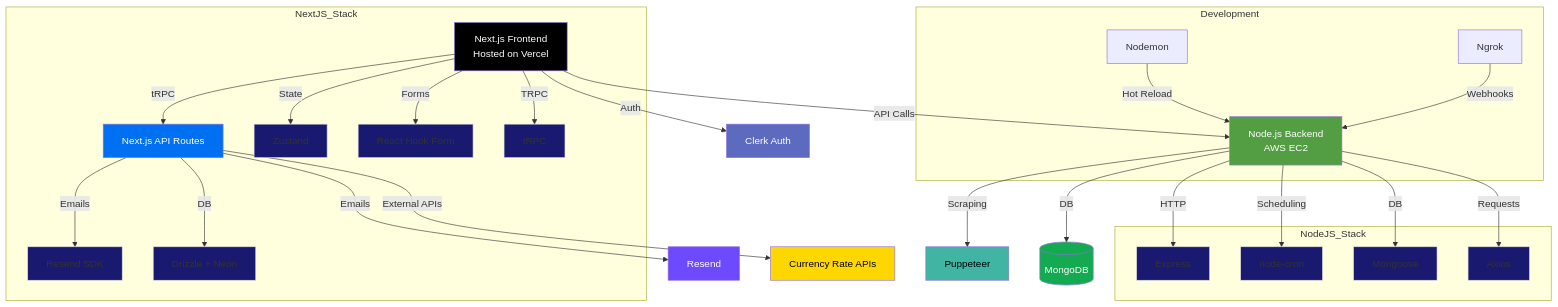
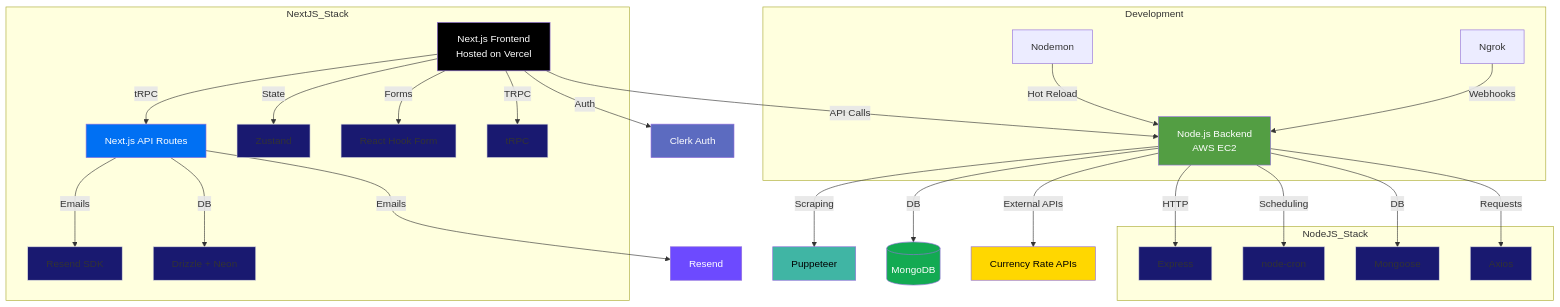
Before and after one commit to SashenJayathilaka/Ausi-Lanka-Ecom: the diagram in README.md, drawn with Mermaid.

Commit message:
📄 Updated README.md

````diff
--- a/README.md
+++ b/README.md
@@ -52,50 +52,50 @@
 ```mermaid
 graph TD
     %% Frontend Section
     A[Next.js Frontend\nHosted on Vercel] -->|tRPC| B[Next.js API Routes]
     A -->|Auth| K[Clerk Auth]
 
     %% Backend Services
     B -->|Emails| R[Resend]
-    B -->|External APIs| D[Currency Rate APIs]
 
     %% Node.js Backend (Separate Service)
     N[Node.js Backend\nAWS EC2] -->|Scraping| C[Puppeteer]
     N -->|DB| E[(MongoDB)]
+    N -->|External APIs| D[Currency Rate APIs]
     A -->|API Calls| N
 
     %% Development Tools
     subgraph Development
         F[Nodemon] -->|Hot Reload| N
         G[Ngrok] -->|Webhooks| N
     end
 
     %% Key Packages
     subgraph NextJS_Stack
         B -->|Emails| L[Resend SDK]
         B -->|DB| M[Drizzle + Neon]
         A -->|State| H[Zustand]
         A -->|Forms| I[React Hook Form]
         A -->|TRPC| J[tRPC]
     end
 
     subgraph NodeJS_Stack
         N -->|HTTP| O[Express]
         N -->|Scheduling| P[node-cron]
         N -->|DB| Q[Mongoose]
         N -->|Requests| S[Axios]
     end
 
     %% Styling
     style A fill:#000000,color:#ffffff
     style B fill:#0070f3,color:#ffffff
     style N fill:#539E43,color:#ffffff
     style C fill:#40B5A4,color:#000000
     style D fill:#FFD700,color:#000000
     style E fill:#13AA52,color:#ffffff
     style K fill:#5C6BC0,color:#ffffff
     style R fill:#6D4AFF,color:#ffffff
 
     classDef pkg fill:#191970,stroke:#ddd;
     class H,I,J,L,M,O,P,Q,S pkg;
 ```
````
